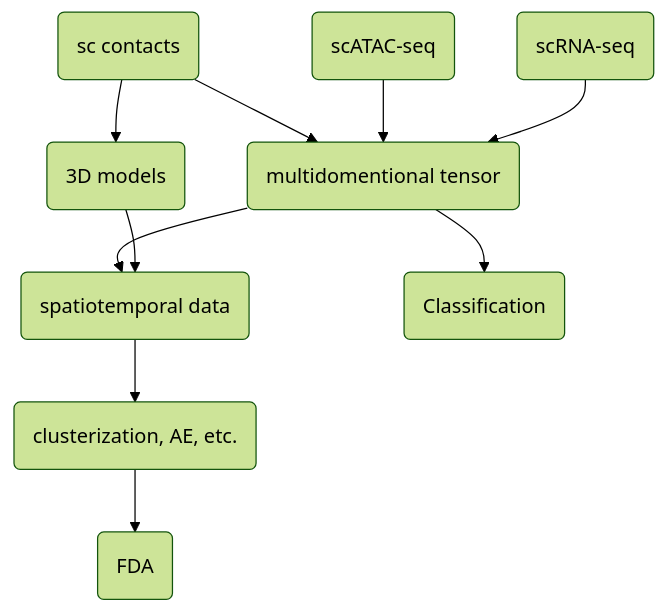
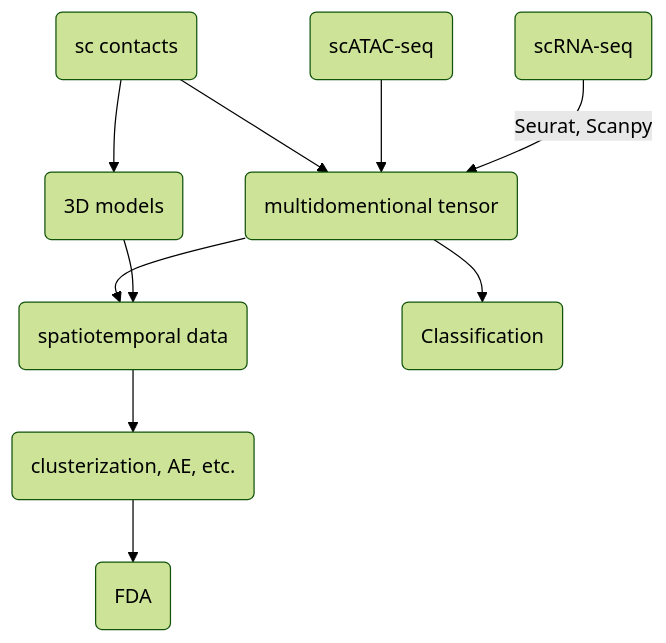
The diagram in README.md (SFGLab/Team8_PhaseSpecific_Chromatin_Changes), drawn with Mermaid (forest theme) before and after one commit.

````diff
--- a/README.md
+++ b/README.md
@@ -3,12 +3,12 @@
 ```mermaid
 graph TD;
-    RNA(scRNA-seq)-->T(multidomentional tensor);
+    RNA(scRNA-seq)-->|Seurat, Scanpy|T(multidomentional tensor);
     ATAC(scATAC-seq)-->T;
     HiC(sc contacts)-->T;
     HiC(sc contacts)-->3D(3D models);
     3D-->STdata(spatiotemporal data);
     T-->STdata;
     T-->classification(Classification);
     STdata-->Cluster(clusterization, AE, etc.);
     Cluster-->FDA(FDA);
 ```
````
